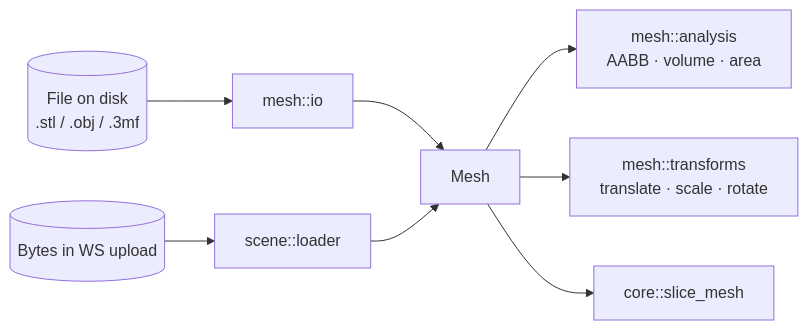
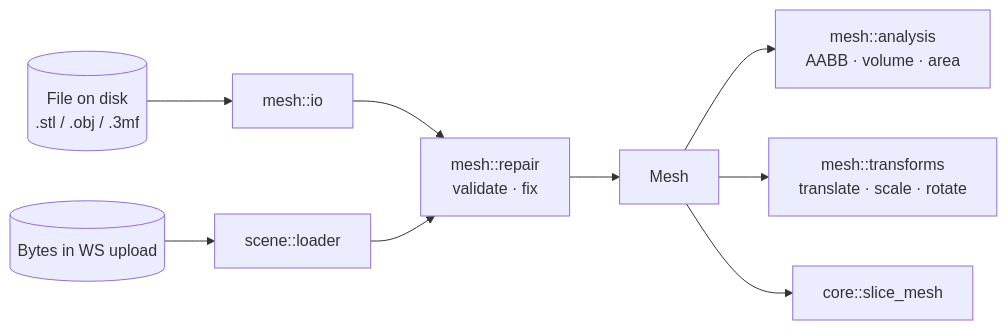
Before and after one commit to ColdCrabby/slicer: the first of 5 diagrams in src/mesh/README.md, drawn with Mermaid. The commit also changed other lines of this file and 30 other files, not shown here.

First line of the commit message:
feat(mesh): validate and auto-repair meshes on import (#114) (#225)

````diff
--- a/src/mesh/README.md
+++ b/src/mesh/README.md
@@ -26,10 +27,11 @@
 ```mermaid
 flowchart LR
     F[("File on disk<br/>.stl / .obj / .3mf")] --> IO[mesh::io]
     B[(Bytes in WS upload)] --> SL[scene::loader]
-    IO --> M[Mesh]
-    SL --> M
+    IO --> R[mesh::repair<br/>validate · fix]
+    SL --> R
+    R --> M[Mesh]
     M --> A[mesh::analysis<br/>AABB · volume · area]
     M --> T[mesh::transforms<br/>translate · scale · rotate]
     M --> S[core::slice_mesh]
 ```
````
